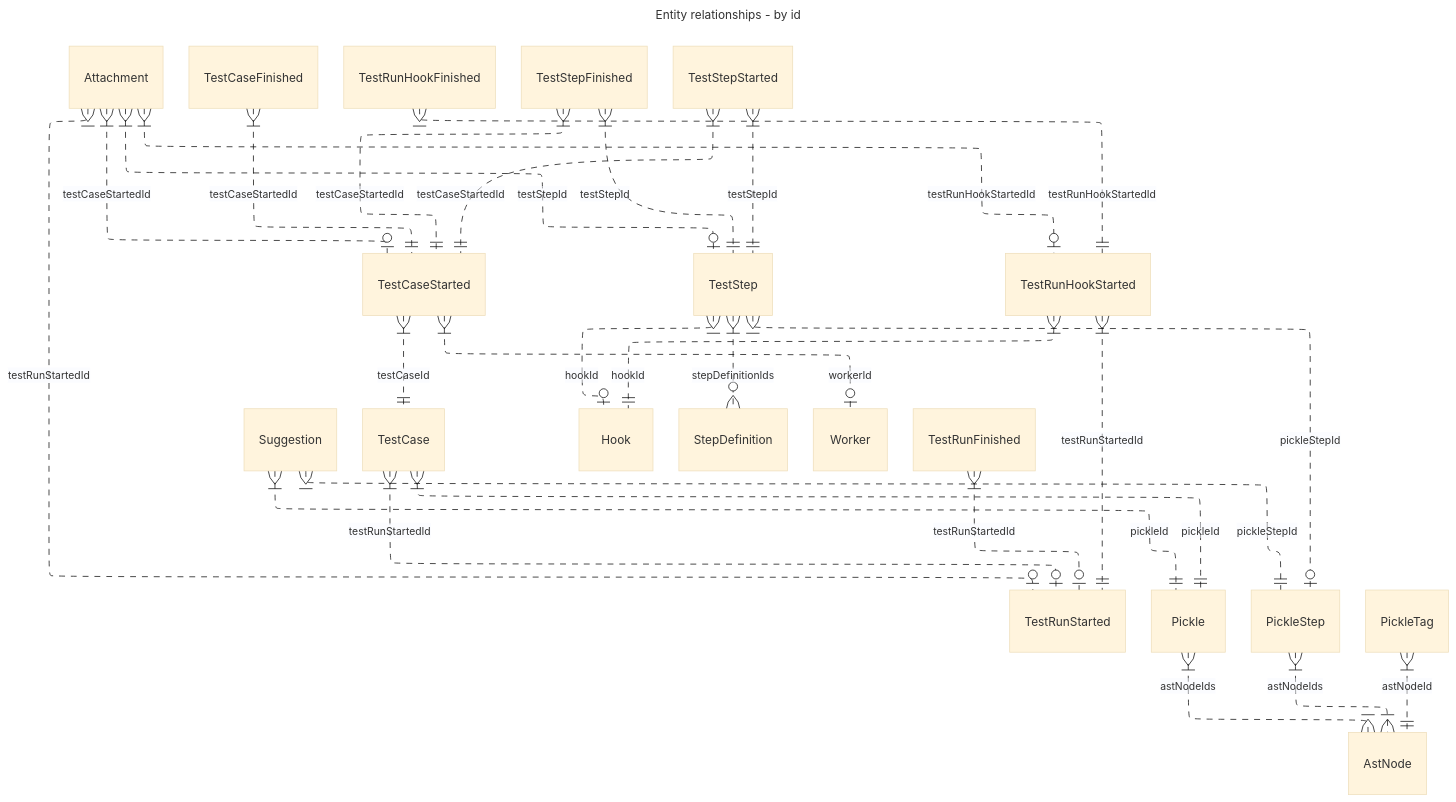
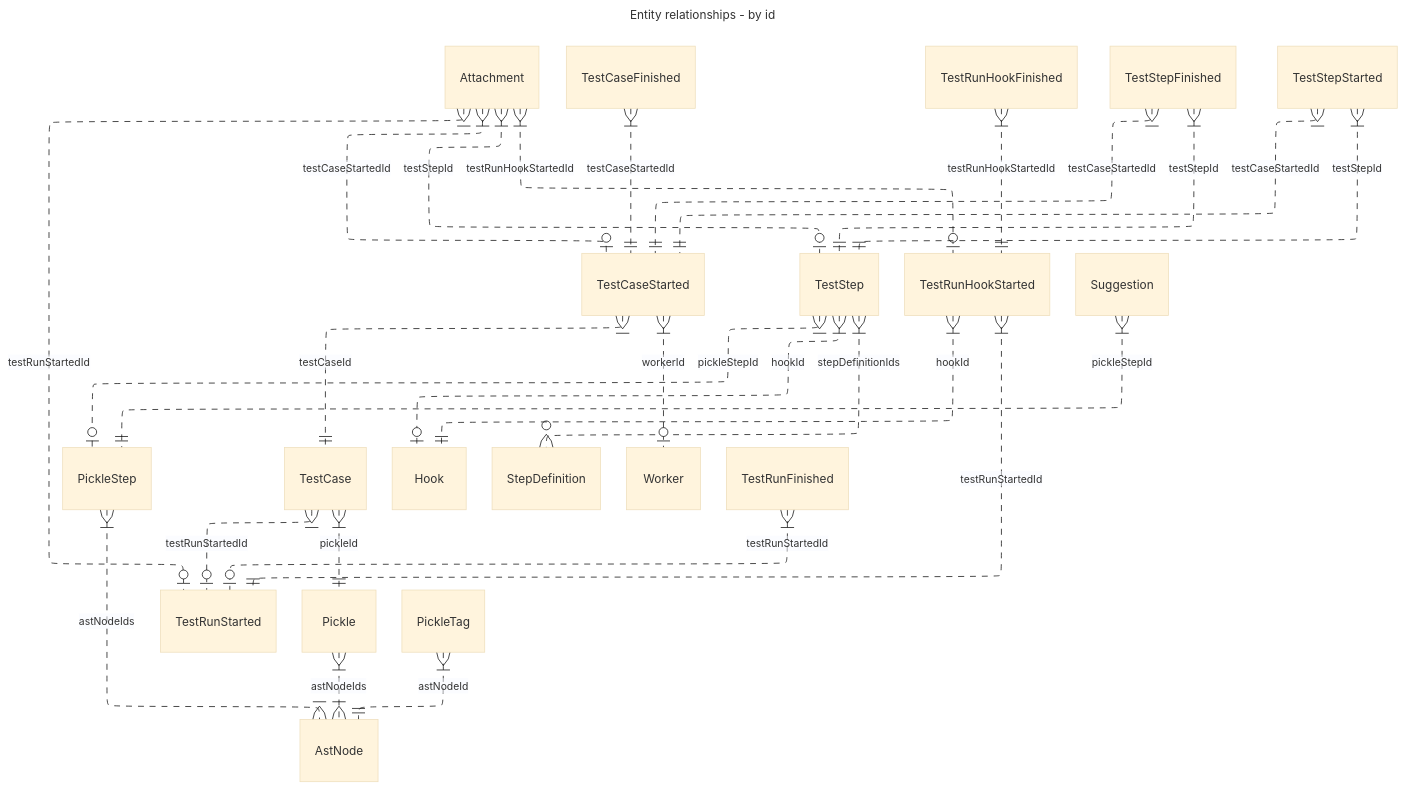
The first of 2 diagrams in jsonschema/relations.md (cucumber/messages), drawn with Mermaid (base theme) before and after one commit. The commit also changed 16 other files, not shown here.

````diff
--- a/jsonschema/relations.md
+++ b/jsonschema/relations.md
@@ -10,33 +10,32 @@
 ```mermaid
 ---
 title: Entity relationships  - by id
 config:
     layout: elk
 ---
 erDiagram
 Attachment }|..o| TestCaseStarted: testCaseStartedId
 Attachment }|..o| TestStep: testStepId
 Attachment }|..o| TestRunStarted: testRunStartedId
 Attachment }|..o| TestRunHookStarted: testRunHookStartedId
 Pickle }|..|{ AstNode: astNodeIds
 PickleStep }|..|{ AstNode: astNodeIds
 PickleTag }|..|| AstNode: astNodeId
-Suggestion }|..|| Pickle: pickleId
 Suggestion }|..|| PickleStep: pickleStepId
 TestCase }|..|| Pickle: pickleId
 TestCase }|..o| TestRunStarted: testRunStartedId
 TestStep }|..o| Hook: hookId
 TestStep }|..o| PickleStep: pickleStepId
 TestStep }|..o{ StepDefinition: stepDefinitionIds
 TestCaseFinished }|..|| TestCaseStarted: testCaseStartedId
 TestCaseStarted }|..|| TestCase: testCaseId
 TestCaseStarted }|..o| Worker: workerId
 TestRunFinished }|..o| TestRunStarted: testRunStartedId
 TestRunHookFinished }|..|| TestRunHookStarted: testRunHookStartedId
 TestRunHookStarted }|..|| TestRunStarted: testRunStartedId
 TestRunHookStarted }|..|| Hook: hookId
 TestStepFinished }|..|| TestCaseStarted: testCaseStartedId
 TestStepFinished }|..|| TestStep: testStepId
 TestStepStarted }|..|| TestCaseStarted: testCaseStartedId
 TestStepStarted }|..|| TestStep: testStepId
 ```
````
